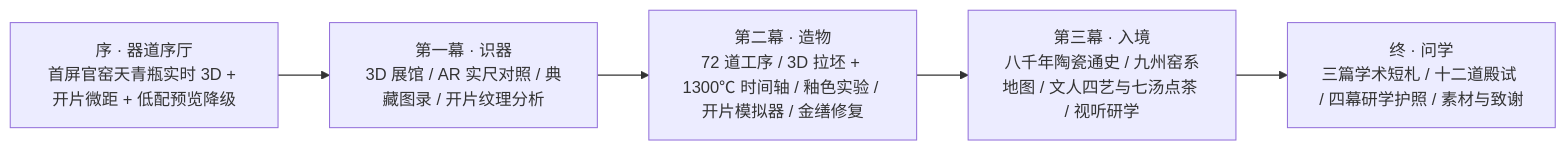
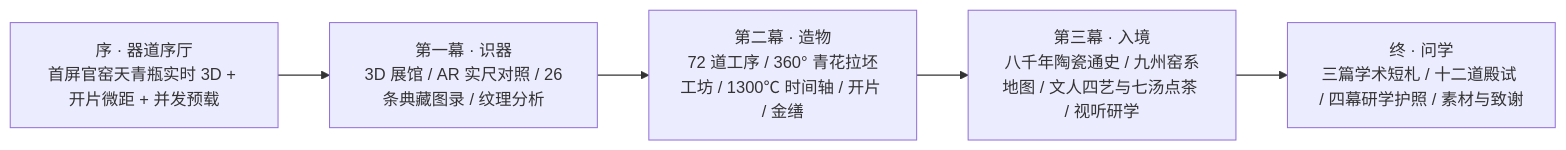
Before and after one commit to SherlockYzz/Memories-of-Chinese-Porcelain-Web: the diagram in README.md, drawn with Mermaid. The commit also changed other lines of this file and 2 other files, not shown here.

````diff
--- a/README.md
+++ b/README.md
@@ -39,7 +45,7 @@
 ```mermaid
 flowchart LR
-    Act0["序 · 器道序厅<br/>首屏官窑天青瓶实时 3D + 开片微距 + 低配预览降级"] --> Act1["第一幕 · 识器<br/>3D 展馆 / AR 实尺对照 / 典藏图录 / 开片纹理分析"]
-    Act1 --> Act2["第二幕 · 造物<br/>72 道工序 / 3D 拉坯 + 1300℃ 时间轴 / 釉色实验 / 开片模拟器 / 金缮修复"]
+    Act0["序 · 器道序厅<br/>首屏官窑天青瓶实时 3D + 开片微距 + 并发预载"] --> Act1["第一幕 · 识器<br/>3D 展馆 / AR 实尺对照 / 26条典藏图录 / 纹理分析"]
+    Act1 --> Act2["第二幕 · 造物<br/>72 道工序 / 360° 青花拉坯工坊 / 1300℃ 时间轴 / 开片 / 金缮"]
     Act2 --> Act3["第三幕 · 入境<br/>八千年陶瓷通史 / 九州窑系地图 / 文人四艺与七汤点茶 / 视听研学"]
     Act3 --> Act4["终 · 问学<br/>三篇学术短札 / 十二道殿试 / 四幕研学护照 / 素材与致谢"]
 ```
````
